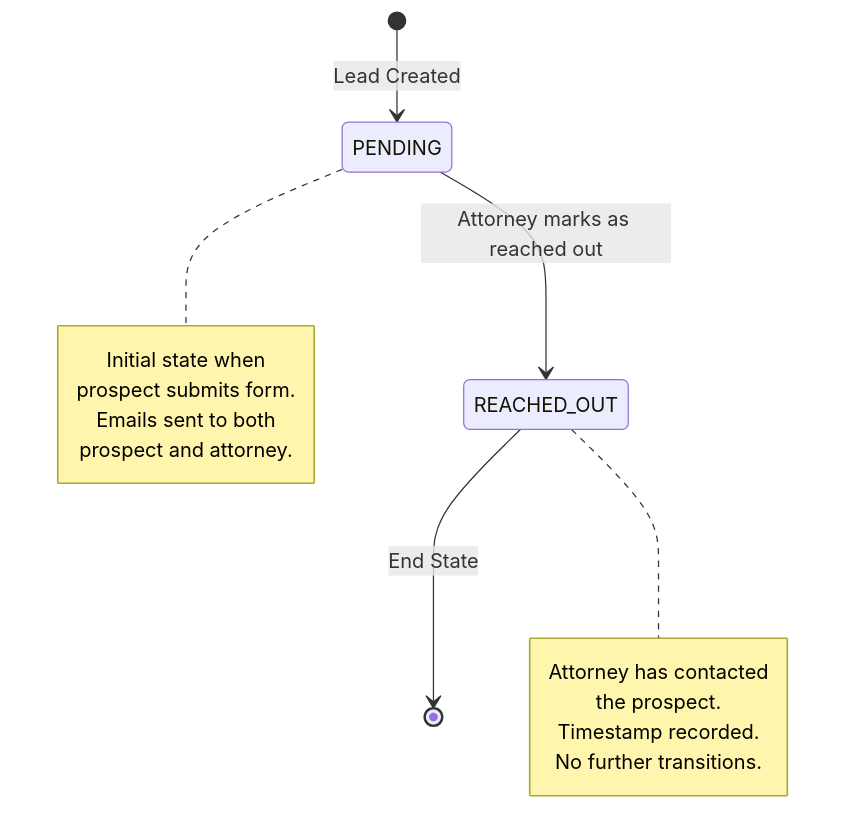
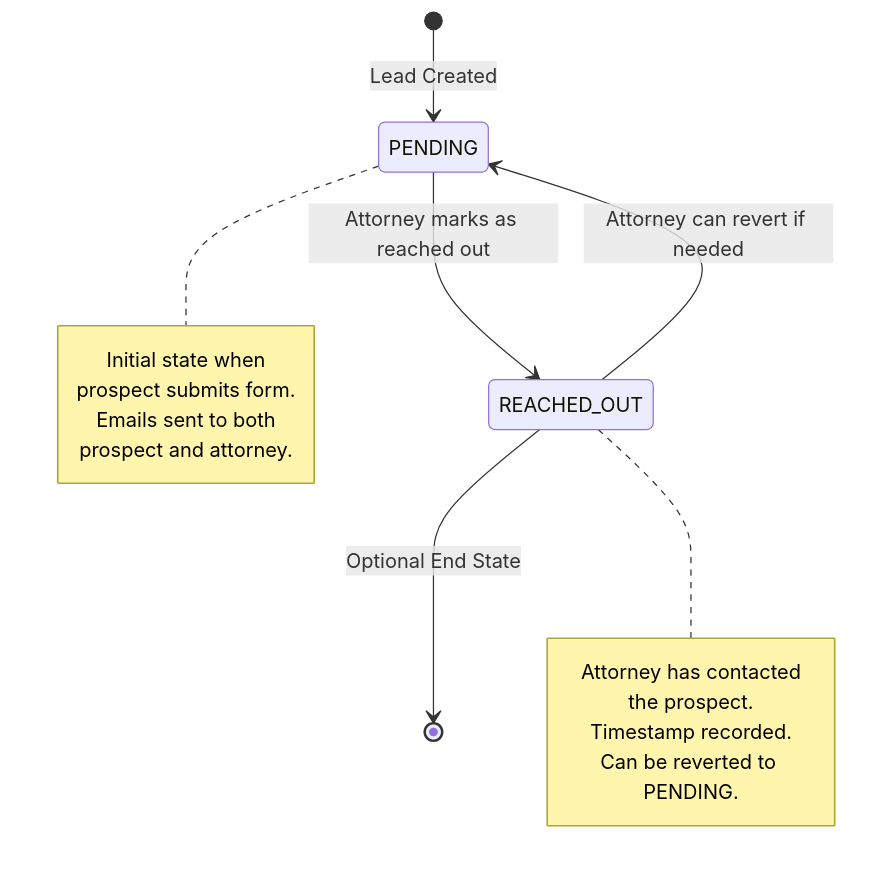
One commit to smusali/backend-take-home changed the fourth of 9 diagrams in docs/DESIGN.md. Above: the diagram before and after it, drawn with Mermaid. The commit also changed other lines of this file and 28 other files, not shown here.

````diff
--- a/docs/DESIGN.md
+++ b/docs/DESIGN.md
@@ -644,20 +661,21 @@
 ```mermaid
 stateDiagram-v2
     [*] --> PENDING: Lead Created
     PENDING --> REACHED_OUT: Attorney marks as reached out
-    REACHED_OUT --> [*]: End State
+    REACHED_OUT --> PENDING: Attorney can revert if needed
+    REACHED_OUT --> [*]: Optional End State
     
     note right of PENDING
         Initial state when
         prospect submits form.
         Emails sent to both
         prospect and attorney.
     end note
     
     note right of REACHED_OUT
         Attorney has contacted
         the prospect.
         Timestamp recorded.
-        No further transitions.
+        Can be reverted to PENDING.
     end note
 ```
````
